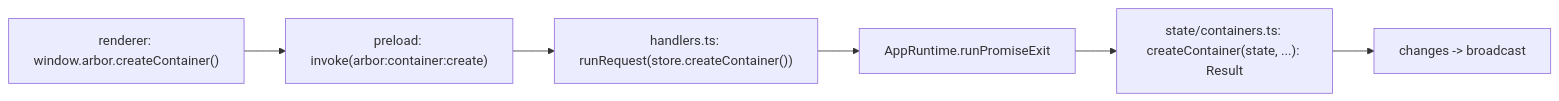
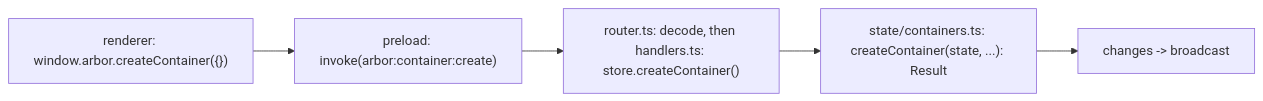
Before and after one commit to rom100main/arbor: the third of 3 diagrams in docs/architecture/03-store.md, drawn with Mermaid. The commit also changed other lines of this file and 3 other files, not shown here.

````diff
--- a/docs/architecture/03-store.md
+++ b/docs/architecture/03-store.md
@@ -88,8 +88,7 @@
 ```mermaid
 flowchart LR
-    Ren["renderer: window.arbor.createContainer()"] --> Pre["preload: invoke(arbor:container:create)"]
-    Pre --> Han["handlers.ts: runRequest(store.createContainer())"]
-    Han --> Eff["AppRuntime.runPromiseExit"]
-    Eff --> Pure["state/containers.ts: createContainer(state, ...): Result"]
+    Ren["renderer: window.arbor.createContainer({})"] --> Pre["preload: invoke(arbor:container:create)"]
+    Pre --> Han["router.ts: decode, then handlers.ts: store.createContainer()"]
+    Han --> Pure["state/containers.ts: createContainer(state, ...): Result"]
     Pure --> Commit["changes -> broadcast"]
 ```
````
